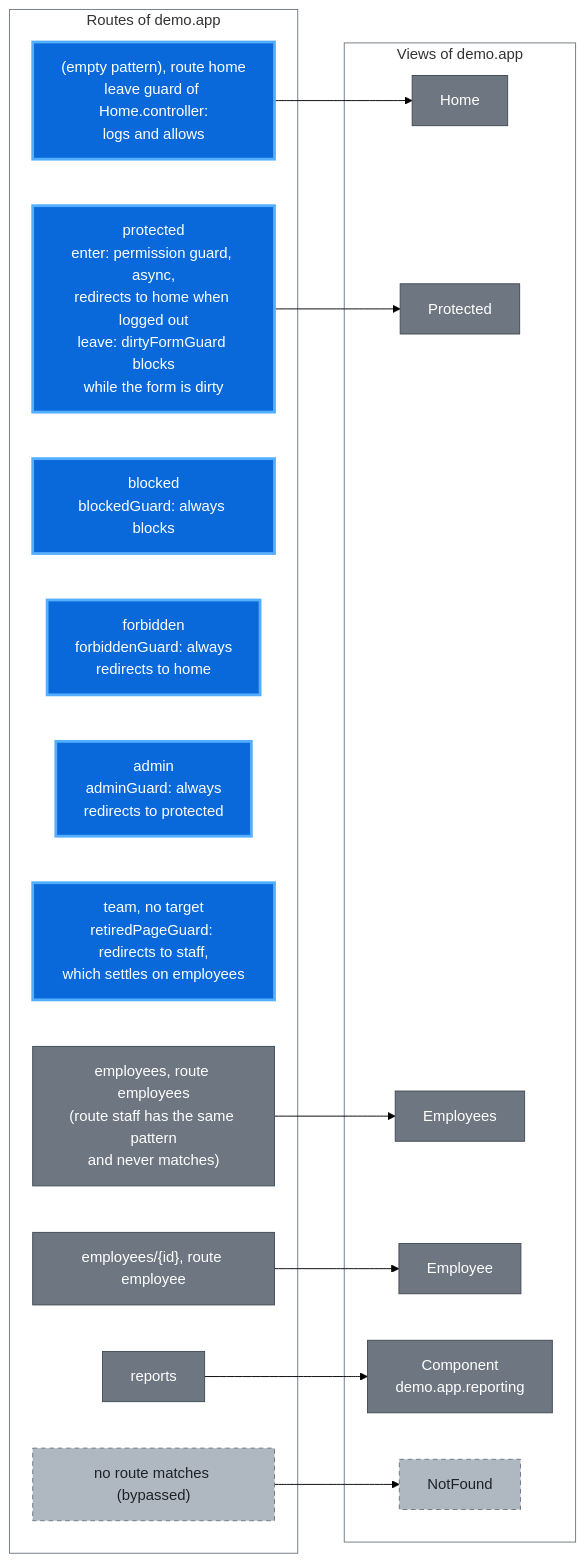
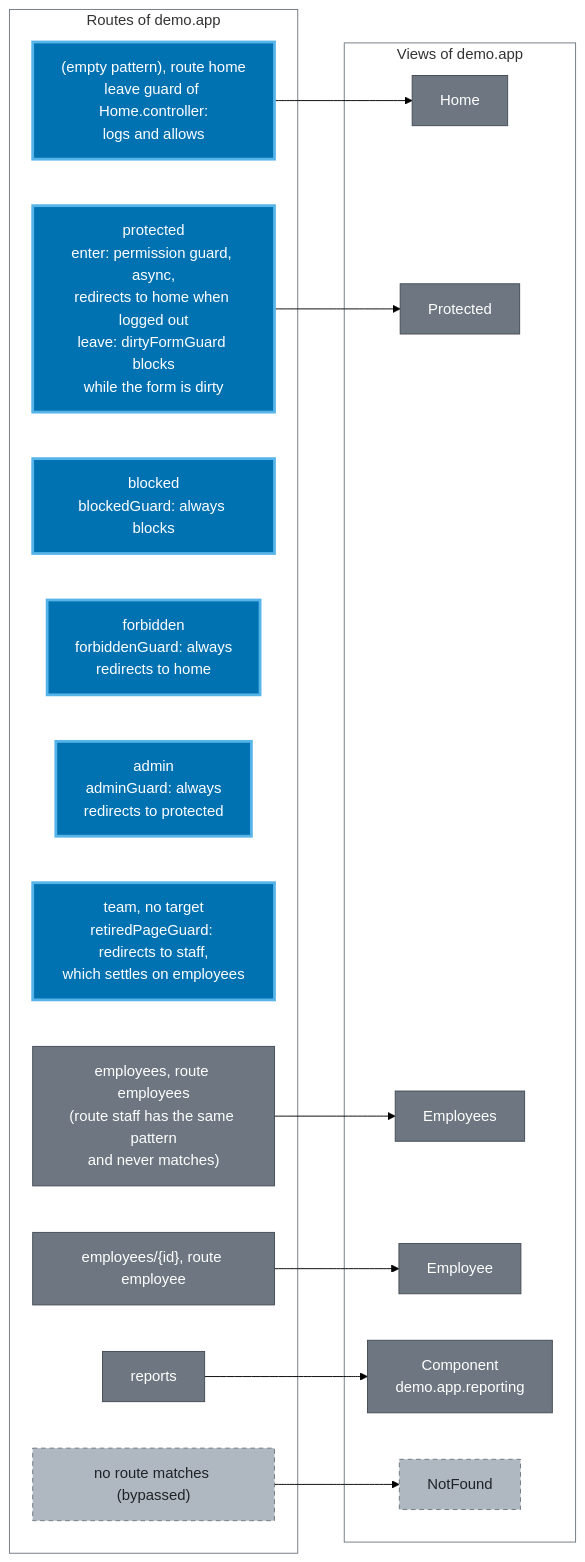
The first of 2 diagrams in packages/demo-app/README.md (wridgeu/ui5-lib-guard-router), drawn with Mermaid (forest theme) before and after one commit. The commit also changed other lines of this file and 4 other files, not shown here.

First line of the commit message:
docs: take the diagram colours from the Okabe-Ito set and mark each outcome with a symbol

````diff
--- a/packages/demo-app/README.md
+++ b/packages/demo-app/README.md
@@ -14,40 +14,40 @@
 ```mermaid
 flowchart LR
     subgraph routes ["Routes of demo.app"]
         rHome["(empty pattern), route home<br/>leave guard of Home.controller:<br/>logs and allows"]
         rProtected["protected<br/>enter: permission guard, async,<br/>redirects to home when logged out<br/>leave: dirtyFormGuard blocks<br/>while the form is dirty"]
         rBlocked["blocked<br/>blockedGuard: always blocks"]
         rForbidden["forbidden<br/>forbiddenGuard: always<br/>redirects to home"]
         rAdmin["admin<br/>adminGuard: always<br/>redirects to protected"]
         rTeam["team, no target<br/>retiredPageGuard: redirects to staff,<br/>which settles on employees"]
         rEmployees["employees, route employees<br/>(route staff has the same pattern<br/>and never matches)"]
         rEmployee["employees/{id}, route employee"]
         rReports["reports"]
         rNone["no route matches (bypassed)"]
     end
 
     subgraph views ["Views of demo.app"]
         home["Home"]
         protected["Protected"]
         employees["Employees"]
         employee["Employee"]
         reporting["Component<br/>demo.app.reporting"]
         notFound["NotFound"]
     end
 
     rHome --> home
     rProtected --> protected
     rEmployees --> employees
     rEmployee --> employee
     rReports --> reporting
     rNone --> notFound
 
     classDef native fill:#6e7781,stroke:#424a53,color:#ffffff
-    classDef added fill:#0969da,stroke:#54aeff,stroke-width:3px,color:#ffffff
+    classDef added fill:#0072B2,stroke:#56B4E9,stroke-width:3px,color:#ffffff
     classDef optional fill:#afb8c1,stroke:#6e7781,stroke-dasharray:5 4,color:#1f2328
     class rEmployees,rEmployee,rReports,home,protected,employees,employee,reporting native
     class rHome,rProtected,rBlocked,rForbidden,rAdmin,rTeam added
     class rNone,notFound optional
     style routes fill:none,stroke:#6e7781
     style views fill:none,stroke:#6e7781
 ```
````
